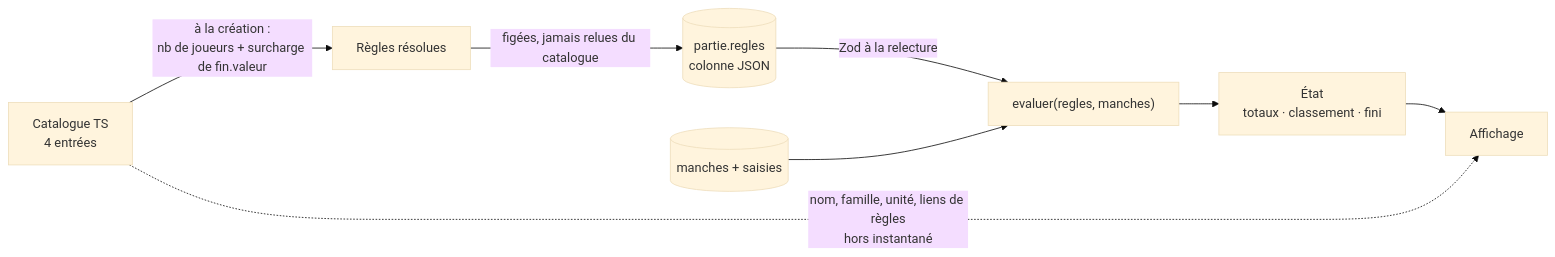
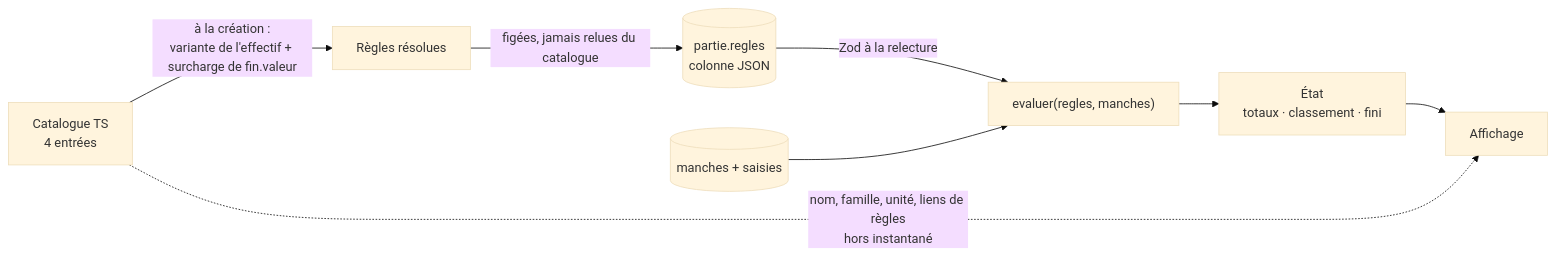
The diagram in docs/specs/2026-08-31-configuration-de-jeu.md (Bryan21B/scoring-sheets), drawn with Mermaid (base theme) before and after one commit. The commit also changed other lines of this file and 13 other files, not shown here.

````diff
--- a/docs/specs/2026-08-31-configuration-de-jeu.md
+++ b/docs/specs/2026-08-31-configuration-de-jeu.md
@@ -54,18 +54,18 @@
 ```mermaid
 flowchart LR
   CAT["Catalogue TS<br/>4 entrées"]
   RES["Règles résolues"]
   SNAP[("partie.regles<br/>colonne JSON")]
   MAN[("manches + saisies")]
   MOT["evaluer(regles, manches)"]
   ETAT["État<br/>totaux · classement · fini"]
   UI["Affichage"]
 
-  CAT -->|"à la création :<br/>nb de joueurs + surcharge de fin.valeur"| RES
+  CAT -->|"à la création :<br/>variante de l'effectif + surcharge de fin.valeur"| RES
   RES -->|"figées, jamais relues du catalogue"| SNAP
   SNAP -->|"Zod à la relecture"| MOT
   MAN --> MOT
   MOT --> ETAT
   ETAT --> UI
   CAT -.->|"nom, famille, unité, liens de règles<br/>hors instantané"| UI
 ```
````
